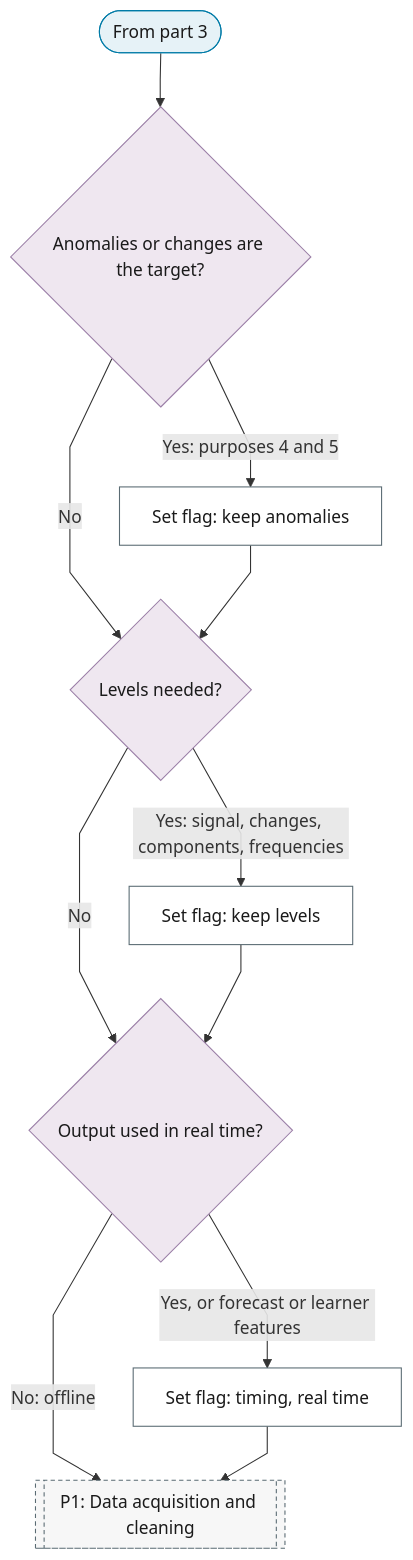
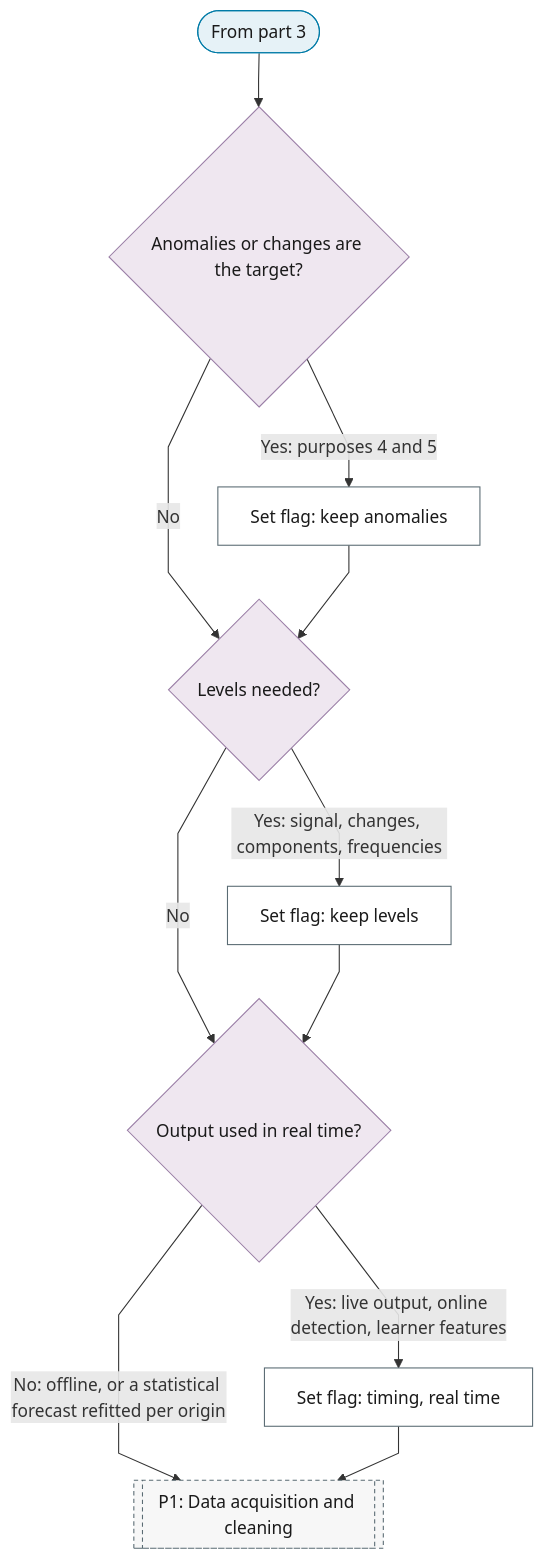
One commit to Shuxin-Y/time-series-analysis-manual changed the fourth of 4 diagrams in docs/01-workflow/p00-purpose/index.md. Above: the diagram before and after it, drawn with Mermaid. The commit also changed other lines of this file and 14 other files, not shown here.

````diff
--- a/docs/01-workflow/p00-purpose/index.md
+++ b/docs/01-workflow/p00-purpose/index.md
@@ -116,26 +113,26 @@
 ```mermaid
 %%{init: {"flowchart": {"curve": "linear"}}}%%
 graph TD
     P0_PART_4_IN(["From part 3"]) --> P0_KEEP_ANOMALIES{"Anomalies or changes are the target?"}
     P0_KEEP_ANOMALIES -->|"Yes: purposes 4 and 5"| P0_KEEP_ANOMALIES_FLAG["Set flag: keep anomalies"]
     P0_KEEP_ANOMALIES -->|"No"| P0_KEEP_LEVELS{"Levels needed?"}
     P0_KEEP_ANOMALIES_FLAG --> P0_KEEP_LEVELS
     P0_KEEP_LEVELS -->|"Yes: signal, changes, components, frequencies"| P0_KEEP_LEVELS_FLAG["Set flag: keep levels"]
     P0_KEEP_LEVELS -->|"No"| P0_TIMING{"Output used in real time?"}
     P0_KEEP_LEVELS_FLAG --> P0_TIMING
-    P0_TIMING -->|"Yes, or forecast or learner features"| P0_REAL_TIME_FLAG["Set flag: timing, real time"]
-    P0_TIMING -->|"No: offline"| P1[["P1: Data acquisition and cleaning"]]
+    P0_TIMING -->|"Yes: live output, online detection, learner features"| P0_REAL_TIME_FLAG["Set flag: timing, real time"]
+    P0_TIMING -->|"No: offline, or a statistical forecast refitted per origin"| P1[["P1: Data acquisition and cleaning"]]
     P0_REAL_TIME_FLAG --> P1
     class P0_PART_4_IN terminator
     class P0_KEEP_ANOMALIES,P0_KEEP_LEVELS,P0_TIMING decision
     class P0_KEEP_ANOMALIES_FLAG,P0_KEEP_LEVELS_FLAG,P0_REAL_TIME_FLAG process
     class P1 ref
     classDef terminator fill:#E6F2F7,stroke:#007BA7,color:#1A1A1A;
     classDef process fill:#FFFFFF,stroke:#5A6B73,color:#1A1A1A;
     classDef decision fill:#EFE7F0,stroke:#9B7FA7,color:#1A1A1A;
     classDef data fill:#FFF4E0,stroke:#C9A55E,color:#1A1A1A;
     classDef good fill:#DCEFD8,stroke:#4A7A3F,color:#1A1A1A;
     classDef escalate fill:#FFE9C2,stroke:#C9A55E,color:#1A1A1A;
     classDef problem fill:#F2D9DE,stroke:#800020,color:#1A1A1A;
     classDef ref fill:#F7F7F7,stroke:#5A6B73,color:#1A1A1A,stroke-dasharray:4 3;
 ```
````
